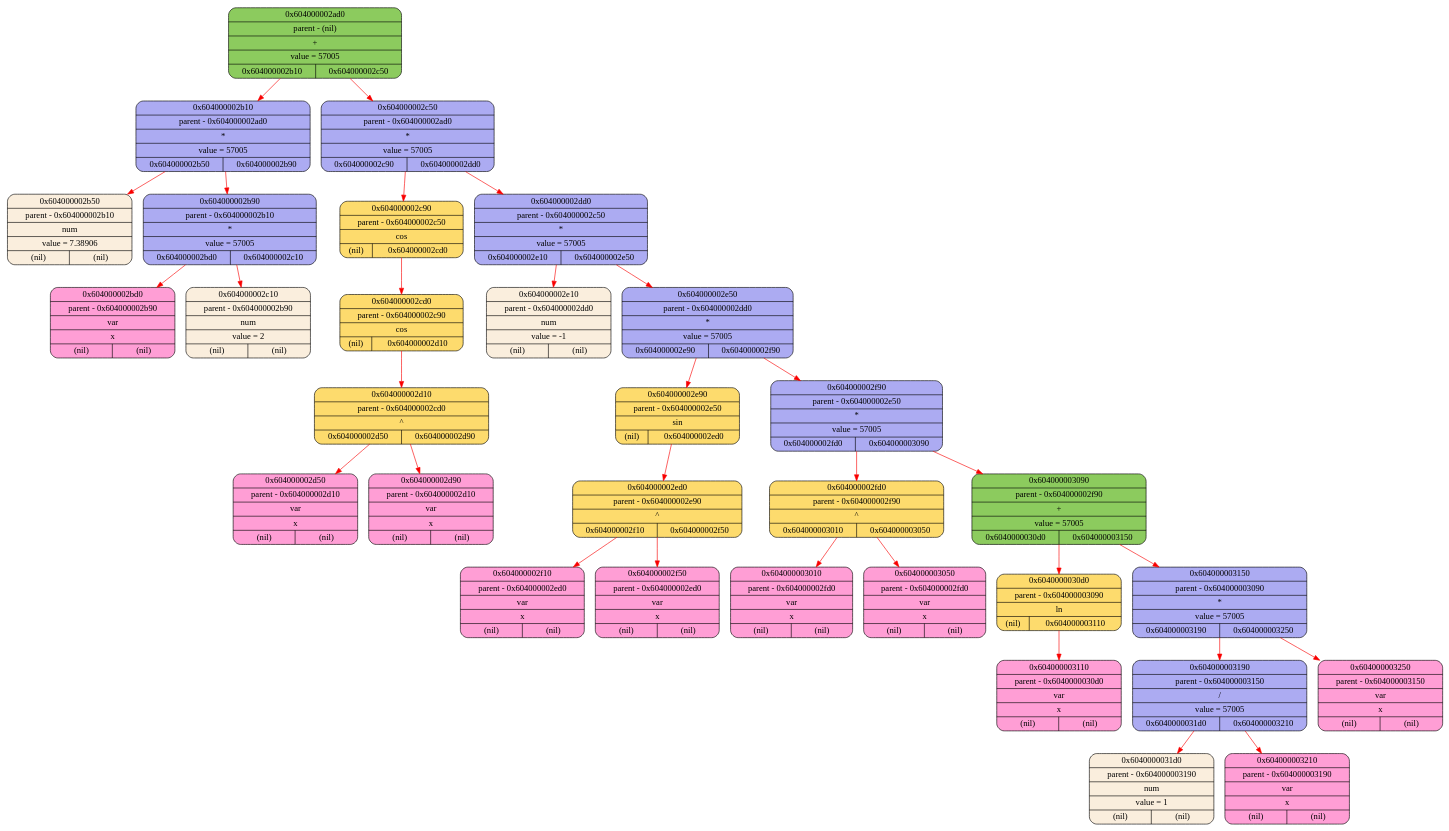
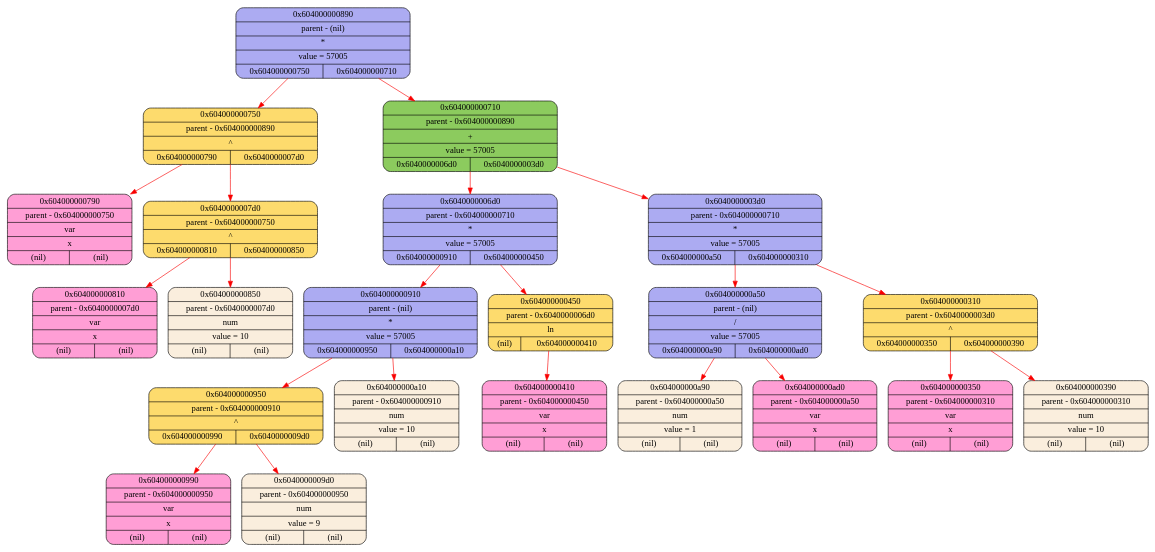
The diagram in logs/log_graphviz.dot (2APetrin/differentiator), drawn with Graphviz before and after one commit. The commit also changed 75 other files, not shown here.

```diff
--- a/logs/log_graphviz.dot
+++ b/logs/log_graphviz.dot
@@ -1,64 +1,46 @@
 digraph
 {
-    node_0x604000002b50[shape = Mrecord, label = "{{0x604000002b50} | {parent - 0x604000002b10} | {num} | {value = 7.38906} | {(nil)|(nil)}}", style = "filled", fillcolor = "#FAEEDD"];
-    node_0x604000002bd0[shape = Mrecord, label = "{{0x604000002bd0} | {parent - 0x604000002b90} | {var} | {x} | {(nil)|(nil)}}", style = "filled", fillcolor = "#FF9ED5"];
-    node_0x604000002c10[shape = Mrecord, label = "{{0x604000002c10} | {parent - 0x604000002b90} | {num} | {value = 2} | {(nil)|(nil)}}", style = "filled", fillcolor = "#FAEEDD"];
-    node_0x604000002b90[shape = Mrecord, label = "{{0x604000002b90} | {parent - 0x604000002b10} | {*} | {value = 57005} | {0x604000002bd0|0x604000002c10}}", style = "filled", fillcolor = "#ACABF2"];
-    node_0x604000002b10[shape = Mrecord, label = "{{0x604000002b10} | {parent - 0x604000002ad0} | {*} | {value = 57005} | {0x604000002b50|0x604000002b90}}", style = "filled", fillcolor = "#ACABF2"];
-    node_0x604000002d50[shape = Mrecord, label = "{{0x604000002d50} | {parent - 0x604000002d10} | {var} | {x} | {(nil)|(nil)}}", style = "filled", fillcolor = "#FF9ED5"];
-    node_0x604000002d90[shape = Mrecord, label = "{{0x604000002d90} | {parent - 0x604000002d10} | {var} | {x} | {(nil)|(nil)}}", style = "filled", fillcolor = "#FF9ED5"];
-    node_0x604000002d10[shape = Mrecord, label = "{{0x604000002d10} | {parent - 0x604000002cd0} | {^} | {0x604000002d50|0x604000002d90}}", style = "filled", fillcolor = "#FDDB6D"];
-    node_0x604000002cd0[shape = Mrecord, label = "{{0x604000002cd0} | {parent - 0x604000002c90} | {cos} | {(nil)|0x604000002d10}}", style = "filled", fillcolor = "#FDDB6D"];
-    node_0x604000002c90[shape = Mrecord, label = "{{0x604000002c90} | {parent - 0x604000002c50} | {cos} | {(nil)|0x604000002cd0}}", style = "filled", fillcolor = "#FDDB6D"];
-    node_0x604000002e10[shape = Mrecord, label = "{{0x604000002e10} | {parent - 0x604000002dd0} | {num} | {value = -1} | {(nil)|(nil)}}", style = "filled", fillcolor = "#FAEEDD"];
-    node_0x604000002f10[shape = Mrecord, label = "{{0x604000002f10} | {parent - 0x604000002ed0} | {var} | {x} | {(nil)|(nil)}}", style = "filled", fillcolor = "#FF9ED5"];
-    node_0x604000002f50[shape = Mrecord, label = "{{0x604000002f50} | {parent - 0x604000002ed0} | {var} | {x} | {(nil)|(nil)}}", style = "filled", fillcolor = "#FF9ED5"];
-    node_0x604000002ed0[shape = Mrecord, label = "{{0x604000002ed0} | {parent - 0x604000002e90} | {^} | {0x604000002f10|0x604000002f50}}", style = "filled", fillcolor = "#FDDB6D"];
-    node_0x604000002e90[shape = Mrecord, label = "{{0x604000002e90} | {parent - 0x604000002e50} | {sin} | {(nil)|0x604000002ed0}}", style = "filled", fillcolor = "#FDDB6D"];
-    node_0x604000003010[shape = Mrecord, label = "{{0x604000003010} | {parent - 0x604000002fd0} | {var} | {x} | {(nil)|(nil)}}", style = "filled", fillcolor = "#FF9ED5"];
-    node_0x604000003050[shape = Mrecord, label = "{{0x604000003050} | {parent - 0x604000002fd0} | {var} | {x} | {(nil)|(nil)}}", style = "filled", fillcolor = "#FF9ED5"];
-    node_0x604000002fd0[shape = Mrecord, label = "{{0x604000002fd0} | {parent - 0x604000002f90} | {^} | {0x604000003010|0x604000003050}}", style = "filled", fillcolor = "#FDDB6D"];
-    node_0x604000003110[shape = Mrecord, label = "{{0x604000003110} | {parent - 0x6040000030d0} | {var} | {x} | {(nil)|(nil)}}", style = "filled", fillcolor = "#FF9ED5"];
-    node_0x6040000030d0[shape = Mrecord, label = "{{0x6040000030d0} | {parent - 0x604000003090} | {ln} | {(nil)|0x604000003110}}", style = "filled", fillcolor = "#FDDB6D"];
-    node_0x6040000031d0[shape = Mrecord, label = "{{0x6040000031d0} | {parent - 0x604000003190} | {num} | {value = 1} | {(nil)|(nil)}}", style = "filled", fillcolor = "#FAEEDD"];
-    node_0x604000003210[shape = Mrecord, label = "{{0x604000003210} | {parent - 0x604000003190} | {var} | {x} | {(nil)|(nil)}}", style = "filled", fillcolor = "#FF9ED5"];
-    node_0x604000003190[shape = Mrecord, label = "{{0x604000003190} | {parent - 0x604000003150} | {/} | {value = 57005} | {0x6040000031d0|0x604000003210}}", style = "filled", fillcolor = "#ACABF2"];
-    node_0x604000003250[shape = Mrecord, label = "{{0x604000003250} | {parent - 0x604000003150} | {var} | {x} | {(nil)|(nil)}}", style = "filled", fillcolor = "#FF9ED5"];
-    node_0x604000003150[shape = Mrecord, label = "{{0x604000003150} | {parent - 0x604000003090} | {*} | {value = 57005} | {0x604000003190|0x604000003250}}", style = "filled", fillcolor = "#ACABF2"];
-    node_0x604000003090[shape = Mrecord, label = "{{0x604000003090} | {parent - 0x604000002f90} | {+} | {value = 57005} | {0x6040000030d0|0x604000003150}}", style = "filled", fillcolor = "#8CCB5E"];
-    node_0x604000002f90[shape = Mrecord, label = "{{0x604000002f90} | {parent - 0x604000002e50} | {*} | {value = 57005} | {0x604000002fd0|0x604000003090}}", style = "filled", fillcolor = "#ACABF2"];
-    node_0x604000002e50[shape = Mrecord, label = "{{0x604000002e50} | {parent - 0x604000002dd0} | {*} | {value = 57005} | {0x604000002e90|0x604000002f90}}", style = "filled", fillcolor = "#ACABF2"];
-    node_0x604000002dd0[shape = Mrecord, label = "{{0x604000002dd0} | {parent - 0x604000002c50} | {*} | {value = 57005} | {0x604000002e10|0x604000002e50}}", style = "filled", fillcolor = "#ACABF2"];
-    node_0x604000002c50[shape = Mrecord, label = "{{0x604000002c50} | {parent - 0x604000002ad0} | {*} | {value = 57005} | {0x604000002c90|0x604000002dd0}}", style = "filled", fillcolor = "#ACABF2"];
-    node_0x604000002ad0[shape = Mrecord, label = "{{0x604000002ad0} | {parent - (nil)} | {+} | {value = 57005} | {0x604000002b10|0x604000002c50}}", style = "filled", fillcolor = "#8CCB5E"];
-    node_0x604000002ad0->node_0x604000002b10 [color = "#F80000"];
-    node_0x604000002b10->node_0x604000002b50 [color = "#F80000"];
-    node_0x604000002b10->node_0x604000002b90 [color = "#F80000"];
-    node_0x604000002b90->node_0x604000002bd0 [color = "#F80000"];
-    node_0x604000002b90->node_0x604000002c10 [color = "#F80000"];
-    node_0x604000002ad0->node_0x604000002c50 [color = "#F80000"];
-    node_0x604000002c50->node_0x604000002c90 [color = "#F80000"];
-    node_0x604000002c90->node_0x604000002cd0 [color = "#F80000"];
-    node_0x604000002cd0->node_0x604000002d10 [color = "#F80000"];
-    node_0x604000002d10->node_0x604000002d50 [color = "#F80000"];
-    node_0x604000002d10->node_0x604000002d90 [color = "#F80000"];
-    node_0x604000002c50->node_0x604000002dd0 [color = "#F80000"];
-    node_0x604000002dd0->node_0x604000002e10 [color = "#F80000"];
-    node_0x604000002dd0->node_0x604000002e50 [color = "#F80000"];
-    node_0x604000002e50->node_0x604000002e90 [color = "#F80000"];
-    node_0x604000002e90->node_0x604000002ed0 [color = "#F80000"];
-    node_0x604000002ed0->node_0x604000002f10 [color = "#F80000"];
-    node_0x604000002ed0->node_0x604000002f50 [color = "#F80000"];
-    node_0x604000002e50->node_0x604000002f90 [color = "#F80000"];
-    node_0x604000002f90->node_0x604000002fd0 [color = "#F80000"];
-    node_0x604000002fd0->node_0x604000003010 [color = "#F80000"];
-    node_0x604000002fd0->node_0x604000003050 [color = "#F80000"];
-    node_0x604000002f90->node_0x604000003090 [color = "#F80000"];
-    node_0x604000003090->node_0x6040000030d0 [color = "#F80000"];
-    node_0x6040000030d0->node_0x604000003110 [color = "#F80000"];
-    node_0x604000003090->node_0x604000003150 [color = "#F80000"];
-    node_0x604000003150->node_0x604000003190 [color = "#F80000"];
-    node_0x604000003190->node_0x6040000031d0 [color = "#F80000"];
-    node_0x604000003190->node_0x604000003210 [color = "#F80000"];
-    node_0x604000003150->node_0x604000003250 [color = "#F80000"];
+    node_0x604000000790[shape = Mrecord, label = "{{0x604000000790} | {parent - 0x604000000750} | {var} | {x} | {(nil)|(nil)}}", style = "filled", fillcolor = "#FF9ED5"];
+    node_0x604000000810[shape = Mrecord, label = "{{0x604000000810} | {parent - 0x6040000007d0} | {var} | {x} | {(nil)|(nil)}}", style = "filled", fillcolor = "#FF9ED5"];
+    node_0x604000000850[shape = Mrecord, label = "{{0x604000000850} | {parent - 0x6040000007d0} | {num} | {value = 10} | {(nil)|(nil)}}", style = "filled", fillcolor = "#FAEEDD"];
+    node_0x6040000007d0[shape = Mrecord, label = "{{0x6040000007d0} | {parent - 0x604000000750} | {^} | {0x604000000810|0x604000000850}}", style = "filled", fillcolor = "#FDDB6D"];
+    node_0x604000000750[shape = Mrecord, label = "{{0x604000000750} | {parent - 0x604000000890} | {^} | {0x604000000790|0x6040000007d0}}", style = "filled", fillcolor = "#FDDB6D"];
+    node_0x604000000990[shape = Mrecord, label = "{{0x604000000990} | {parent - 0x604000000950} | {var} | {x} | {(nil)|(nil)}}", style = "filled", fillcolor = "#FF9ED5"];
+    node_0x6040000009d0[shape = Mrecord, label = "{{0x6040000009d0} | {parent - 0x604000000950} | {num} | {value = 9} | {(nil)|(nil)}}", style = "filled", fillcolor = "#FAEEDD"];
+    node_0x604000000950[shape = Mrecord, label = "{{0x604000000950} | {parent - 0x604000000910} | {^} | {0x604000000990|0x6040000009d0}}", style = "filled", fillcolor = "#FDDB6D"];
+    node_0x604000000a10[shape = Mrecord, label = "{{0x604000000a10} | {parent - 0x604000000910} | {num} | {value = 10} | {(nil)|(nil)}}", style = "filled", fillcolor = "#FAEEDD"];
+    node_0x604000000910[shape = Mrecord, label = "{{0x604000000910} | {parent - (nil)} | {*} | {value = 57005} | {0x604000000950|0x604000000a10}}", style = "filled", fillcolor = "#ACABF2"];
+    node_0x604000000410[shape = Mrecord, label = "{{0x604000000410} | {parent - 0x604000000450} | {var} | {x} | {(nil)|(nil)}}", style = "filled", fillcolor = "#FF9ED5"];
+    node_0x604000000450[shape = Mrecord, label = "{{0x604000000450} | {parent - 0x6040000006d0} | {ln} | {(nil)|0x604000000410}}", style = "filled", fillcolor = "#FDDB6D"];
+    node_0x6040000006d0[shape = Mrecord, label = "{{0x6040000006d0} | {parent - 0x604000000710} | {*} | {value = 57005} | {0x604000000910|0x604000000450}}", style = "filled", fillcolor = "#ACABF2"];
+    node_0x604000000a90[shape = Mrecord, label = "{{0x604000000a90} | {parent - 0x604000000a50} | {num} | {value = 1} | {(nil)|(nil)}}", style = "filled", fillcolor = "#FAEEDD"];
+    node_0x604000000ad0[shape = Mrecord, label = "{{0x604000000ad0} | {parent - 0x604000000a50} | {var} | {x} | {(nil)|(nil)}}", style = "filled", fillcolor = "#FF9ED5"];
+    node_0x604000000a50[shape = Mrecord, label = "{{0x604000000a50} | {parent - (nil)} | {/} | {value = 57005} | {0x604000000a90|0x604000000ad0}}", style = "filled", fillcolor = "#ACABF2"];
+    node_0x604000000350[shape = Mrecord, label = "{{0x604000000350} | {parent - 0x604000000310} | {var} | {x} | {(nil)|(nil)}}", style = "filled", fillcolor = "#FF9ED5"];
+    node_0x604000000390[shape = Mrecord, label = "{{0x604000000390} | {parent - 0x604000000310} | {num} | {value = 10} | {(nil)|(nil)}}", style = "filled", fillcolor = "#FAEEDD"];
+    node_0x604000000310[shape = Mrecord, label = "{{0x604000000310} | {parent - 0x6040000003d0} | {^} | {0x604000000350|0x604000000390}}", style = "filled", fillcolor = "#FDDB6D"];
+    node_0x6040000003d0[shape = Mrecord, label = "{{0x6040000003d0} | {parent - 0x604000000710} | {*} | {value = 57005} | {0x604000000a50|0x604000000310}}", style = "filled", fillcolor = "#ACABF2"];
+    node_0x604000000710[shape = Mrecord, label = "{{0x604000000710} | {parent - 0x604000000890} | {+} | {value = 57005} | {0x6040000006d0|0x6040000003d0}}", style = "filled", fillcolor = "#8CCB5E"];
+    node_0x604000000890[shape = Mrecord, label = "{{0x604000000890} | {parent - (nil)} | {*} | {value = 57005} | {0x604000000750|0x604000000710}}", style = "filled", fillcolor = "#ACABF2"];
+    node_0x604000000890->node_0x604000000750 [color = "#F80000"];
+    node_0x604000000750->node_0x604000000790 [color = "#F80000"];
+    node_0x604000000750->node_0x6040000007d0 [color = "#F80000"];
+    node_0x6040000007d0->node_0x604000000810 [color = "#F80000"];
+    node_0x6040000007d0->node_0x604000000850 [color = "#F80000"];
+    node_0x604000000890->node_0x604000000710 [color = "#F80000"];
+    node_0x604000000710->node_0x6040000006d0 [color = "#F80000"];
+    node_0x6040000006d0->node_0x604000000910 [color = "#F80000"];
+    node_0x604000000910->node_0x604000000950 [color = "#F80000"];
+    node_0x604000000950->node_0x604000000990 [color = "#F80000"];
+    node_0x604000000950->node_0x6040000009d0 [color = "#F80000"];
+    node_0x604000000910->node_0x604000000a10 [color = "#F80000"];
+    node_0x6040000006d0->node_0x604000000450 [color = "#F80000"];
+    node_0x604000000450->node_0x604000000410 [color = "#F80000"];
+    node_0x604000000710->node_0x6040000003d0 [color = "#F80000"];
+    node_0x6040000003d0->node_0x604000000a50 [color = "#F80000"];
+    node_0x604000000a50->node_0x604000000a90 [color = "#F80000"];
+    node_0x604000000a50->node_0x604000000ad0 [color = "#F80000"];
+    node_0x6040000003d0->node_0x604000000310 [color = "#F80000"];
+    node_0x604000000310->node_0x604000000350 [color = "#F80000"];
+    node_0x604000000310->node_0x604000000390 [color = "#F80000"];
 }
```
